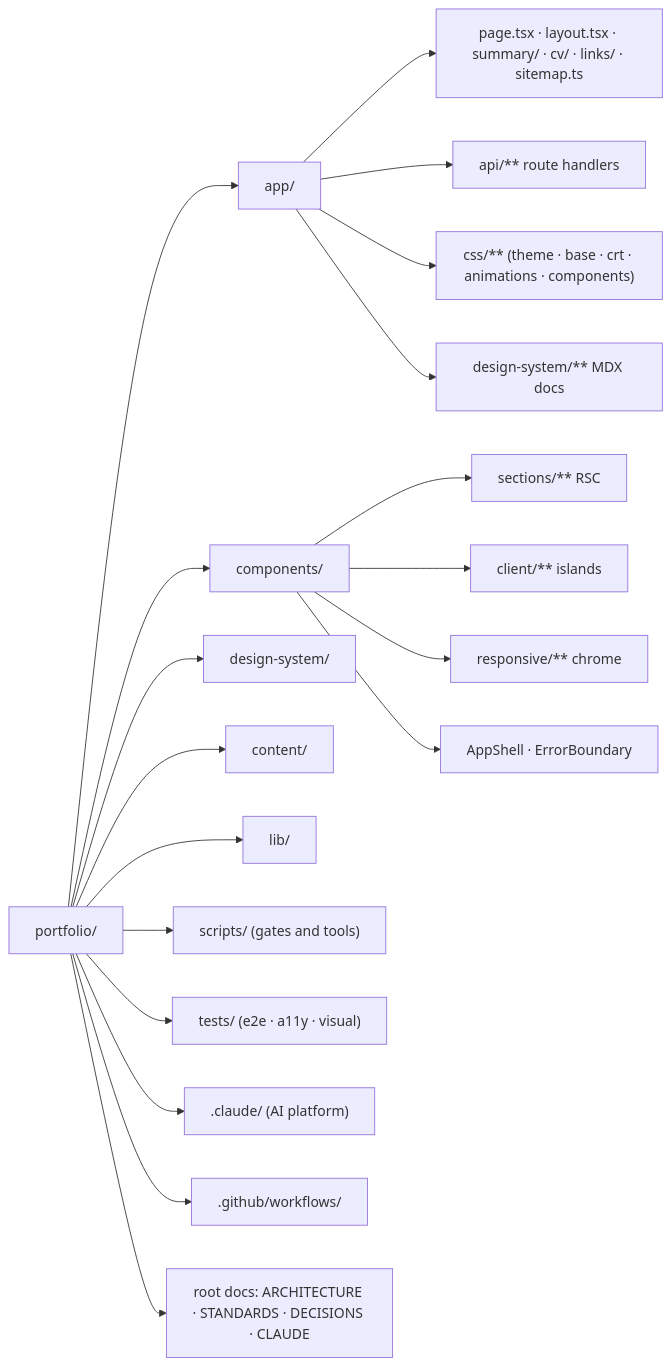
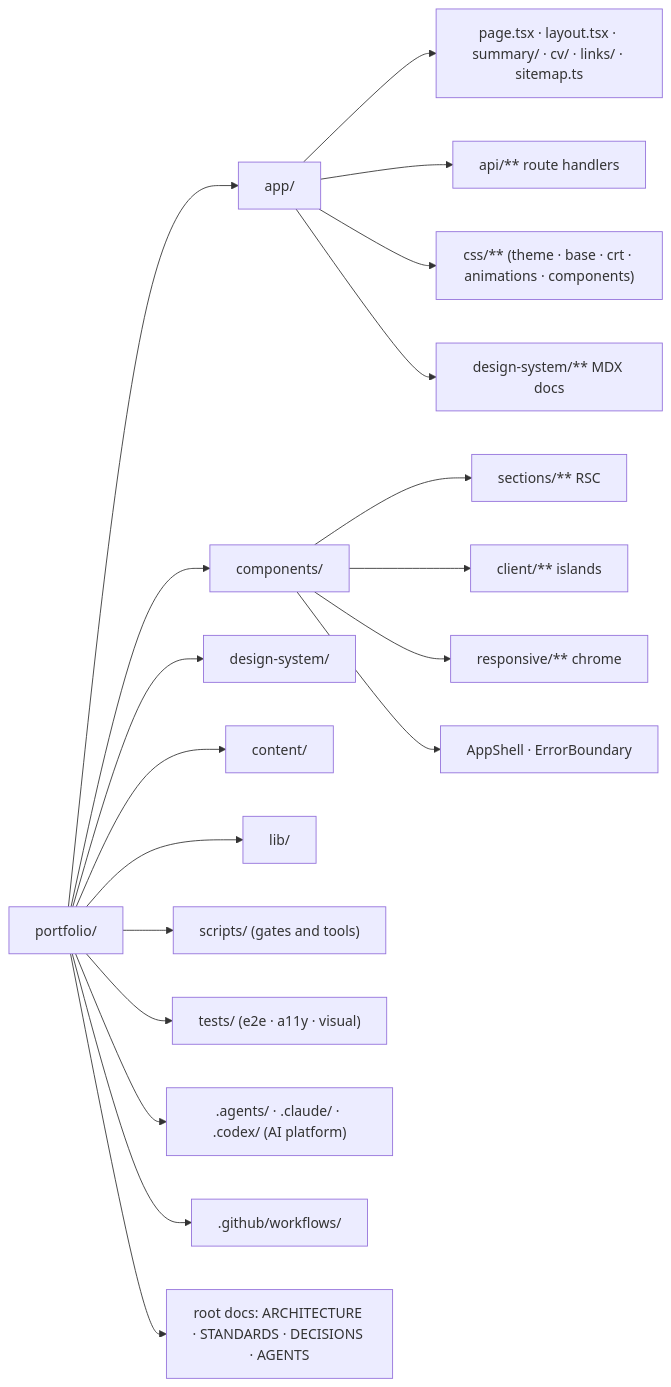
One commit to erikunha/portfolio changed the second of 3 diagrams in docs/01-architecture.md. Above: the diagram before and after it, drawn with Mermaid. The commit also changed 20 other files, not shown here.

````diff
--- a/docs/01-architecture.md
+++ b/docs/01-architecture.md
@@ -74,23 +74,23 @@
 ```mermaid
 flowchart LR
     root["portfolio/"]
     root --> app["app/"]
     root --> comp["components/"]
     root --> dsx["design-system/"]
     root --> cont["content/"]
     root --> lib["lib/"]
     root --> scr["scripts/ (gates and tools)"]
     root --> tst["tests/ (e2e · a11y · visual)"]
-    root --> cl[".claude/ (AI platform)"]
+    root --> cl[".agents/ · .claude/ · .codex/ (AI platform)"]
     root --> gh[".github/workflows/"]
-    root --> docs["root docs: ARCHITECTURE · STANDARDS · DECISIONS · CLAUDE"]
+    root --> docs["root docs: ARCHITECTURE · STANDARDS · DECISIONS · AGENTS"]
 
     app --> a1["page.tsx · layout.tsx · summary/ · cv/ · links/ · sitemap.ts"]
     app --> a2["api/** route handlers"]
     app --> a3["css/** (theme · base · crt · animations · components)"]
     app --> a4["design-system/** MDX docs"]
     comp --> c1["sections/** RSC"]
     comp --> c2["client/** islands"]
     comp --> c3["responsive/** chrome"]
     comp --> c4["AppShell · ErrorBoundary"]
 ```
````
